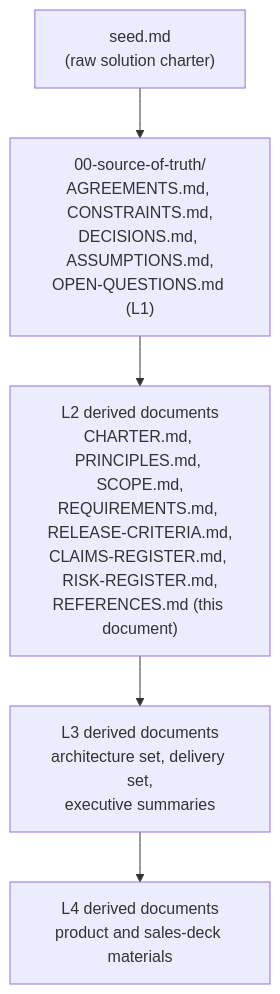
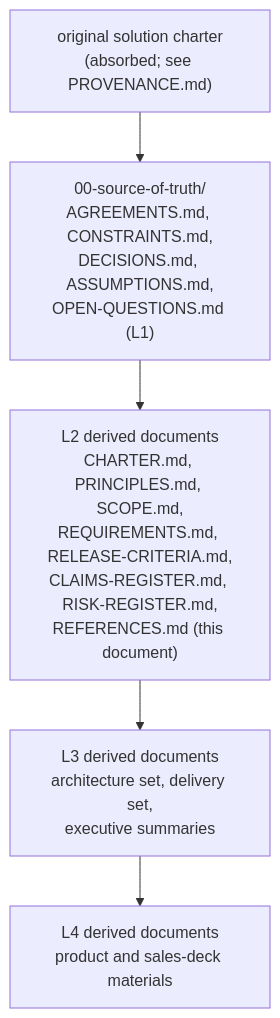
The second of 2 diagrams in solution-docs/70-governance/REFERENCES.md (veglezMX/guardrails), drawn with Mermaid before and after one commit. The commit also changed other lines of this file and 91 other files, not shown here.

````diff
--- a/solution-docs/70-governance/REFERENCES.md
+++ b/solution-docs/70-governance/REFERENCES.md
@@ -269,7 +269,7 @@
 ```mermaid
 flowchart TB
-    SEED["seed.md<br/>(raw solution charter)"] --> L1["00-source-of-truth/<br/>AGREEMENTS.md, CONSTRAINTS.md,<br/>DECISIONS.md, ASSUMPTIONS.md,<br/>OPEN-QUESTIONS.md (L1)"]
+    SEED["original solution charter<br/>(absorbed; see PROVENANCE.md)"] --> L1["00-source-of-truth/<br/>AGREEMENTS.md, CONSTRAINTS.md,<br/>DECISIONS.md, ASSUMPTIONS.md,<br/>OPEN-QUESTIONS.md (L1)"]
     L1 --> L2["L2 derived documents<br/>CHARTER.md, PRINCIPLES.md, SCOPE.md,<br/>REQUIREMENTS.md, RELEASE-CRITERIA.md,<br/>CLAIMS-REGISTER.md, RISK-REGISTER.md,<br/>REFERENCES.md (this document)"]
     L2 --> L3["L3 derived documents<br/>architecture set, delivery set,<br/>executive summaries"]
     L3 --> L4["L4 derived documents<br/>product and sales-deck materials"]
 ```
````
